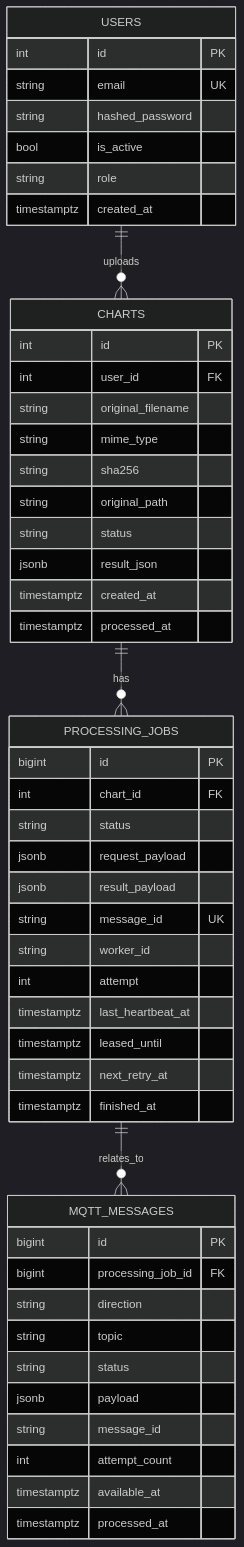
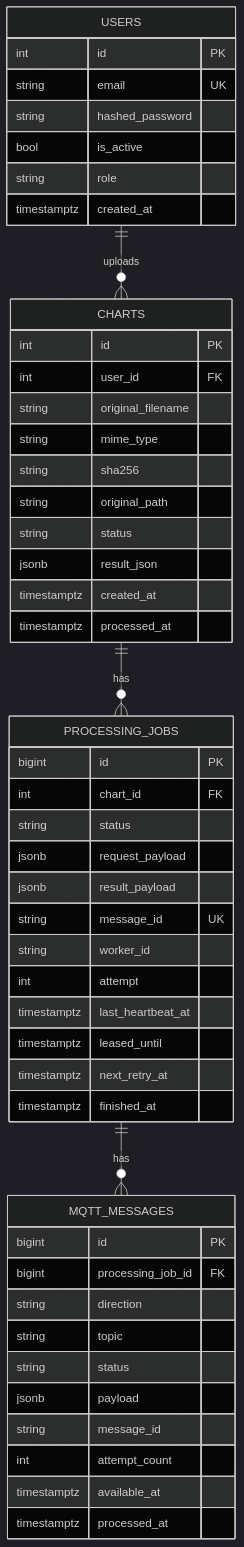
Before and after one commit to NikitaUwu/diplom-work: the diagram in docs/compact-database-schema.md, drawn with Mermaid (dark theme). The commit also changed other lines of this file and 106 other files, not shown here.

````diff
--- a/docs/compact-database-schema.md
+++ b/docs/compact-database-schema.md
@@ -27,56 +42,56 @@
 ```mermaid
 erDiagram
     USERS ||--o{ CHARTS : uploads
     CHARTS ||--o{ PROCESSING_JOBS : has
-    PROCESSING_JOBS ||--o{ MQTT_MESSAGES : relates_to
+    PROCESSING_JOBS ||--o{ MQTT_MESSAGES : has
 
     USERS {
         int id PK
         string email UK
         string hashed_password
         bool is_active
         string role
         timestamptz created_at
     }
 
     CHARTS {
         int id PK
         int user_id FK
         string original_filename
         string mime_type
         string sha256
         string original_path
         string status
         jsonb result_json
         timestamptz created_at
         timestamptz processed_at
     }
 
     PROCESSING_JOBS {
         bigint id PK
         int chart_id FK
         string status
         jsonb request_payload
         jsonb result_payload
         string message_id UK
         string worker_id
         int attempt
         timestamptz last_heartbeat_at
         timestamptz leased_until
         timestamptz next_retry_at
         timestamptz finished_at
     }
 
     MQTT_MESSAGES {
         bigint id PK
         bigint processing_job_id FK
         string direction
         string topic
         string status
         jsonb payload
         string message_id
         int attempt_count
         timestamptz available_at
         timestamptz processed_at
     }
 ```
````
